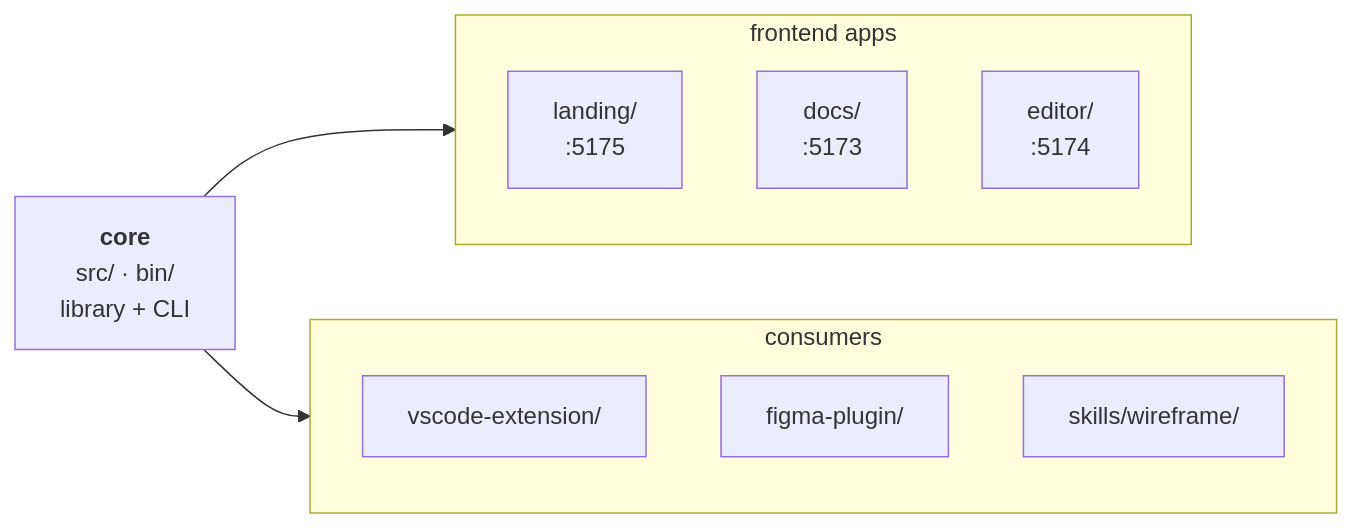
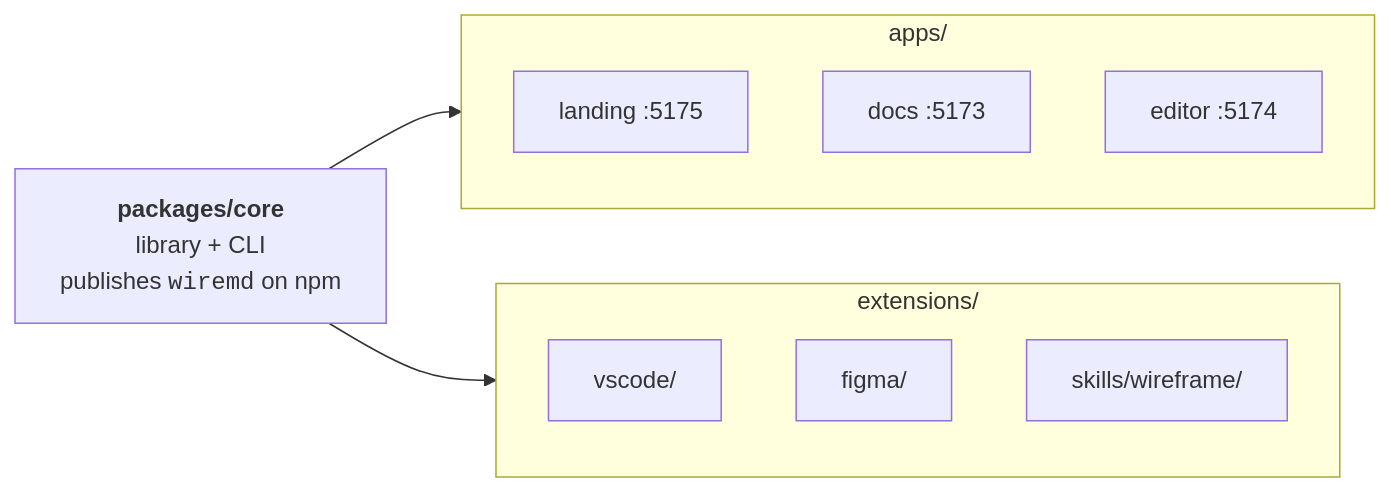
One commit to teezeit/wiremd changed the diagram in README.md. Above: the diagram before and after it, drawn with Mermaid. The commit also changed other lines of this file and 104 other files, not shown here.

````diff
--- a/README.md
+++ b/README.md
@@ -108,19 +114,19 @@
 ```mermaid
 graph LR
-  core["<b>core</b><br/>src/ · bin/<br/>library + CLI"]
+  core["<b>packages/core</b><br/>library + CLI<br/>publishes <code>wiremd</code> on npm"]
 
-  subgraph apps["frontend apps"]
-    landing["landing/<br/>:5175"]
-    docs["docs/<br/>:5173"]
-    editor["editor/<br/>:5174"]
+  subgraph apps["apps/"]
+    landing["landing :5175"]
+    docs["docs :5173"]
+    editor["editor :5174"]
   end
 
-  subgraph consumers["consumers"]
-    vscode["vscode-extension/"]
-    figma["figma-plugin/"]
+  subgraph consumers["extensions/"]
+    vscode["vscode/"]
+    figma["figma/"]
     skill["skills/wireframe/"]
   end
 
   core --> apps
   core --> consumers
 ```
````
